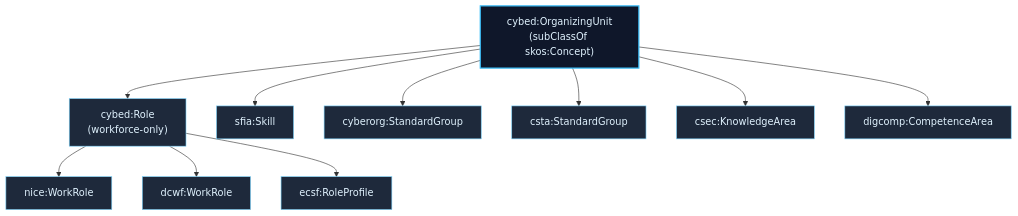
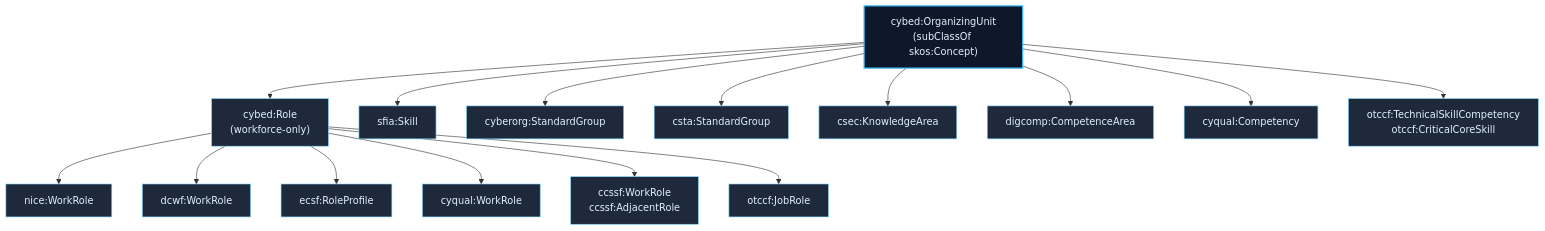
One commit to ryanstraight/cybedtools changed the first of 2 diagrams in vignettes/articles/namespace-architecture.Rmd. Above: the diagram before and after it, drawn with Mermaid. The commit also changed other lines of this file and 113 other files, not shown here.

````diff
--- a/vignettes/articles/namespace-architecture.Rmd
+++ b/vignettes/articles/namespace-architecture.Rmd
@@ -41,21 +42,26 @@
 ```mermaid
 flowchart TD
   OU["cybed:OrganizingUnit<br>(subClassOf skos:Concept)"]
   ROLE["cybed:Role<br>(workforce-only)"]
   OU --> ROLE
   ROLE --> NICE_R["nice:WorkRole"]
   ROLE --> DCWF_R["dcwf:WorkRole"]
   ROLE --> ECSF_R["ecsf:RoleProfile"]
+  ROLE --> CYQ_R["cyqual:WorkRole"]
+  ROLE --> CCS_R["ccssf:WorkRole<br>ccssf:AdjacentRole"]
+  ROLE --> OTC_R["otccf:JobRole"]
   OU --> SFIA_S["sfia:Skill"]
   OU --> CYB_SG["cyberorg:StandardGroup"]
   OU --> CSTA_SG["csta:StandardGroup"]
   OU --> CSEC_KA["csec:KnowledgeArea"]
   OU --> DIG_CA["digcomp:CompetenceArea"]
+  OU --> CYQ_C["cyqual:Competency"]
+  OU --> OTC_S["otccf:TechnicalSkillCompetency<br>otccf:CriticalCoreSkill"]
 
   classDef abs fill:#0F172A,stroke:#38BDF8,color:#E0F2FE,stroke-width:2px
   classDef wfr fill:#1E293B,stroke:#7DD3FC,color:#E0F2FE
   classDef sub fill:#1E293B,stroke:#7DD3FC,color:#E0F2FE
   class OU abs
   class ROLE wfr
-  class NICE_R,DCWF_R,ECSF_R,SFIA_S,CYB_SG,CSTA_SG,CSEC_KA,DIG_CA sub
+  class NICE_R,DCWF_R,ECSF_R,CYQ_R,CCS_R,OTC_R,SFIA_S,CYB_SG,CSTA_SG,CSEC_KA,DIG_CA,CYQ_C,OTC_S sub
 ```
````
